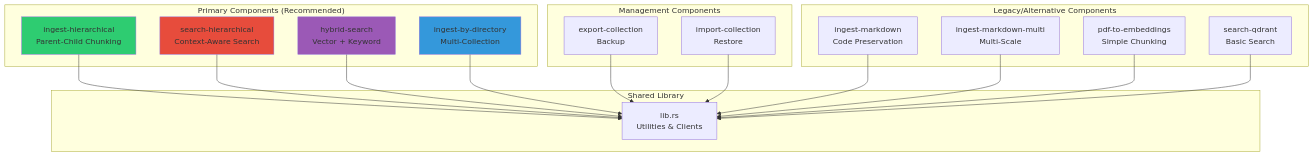
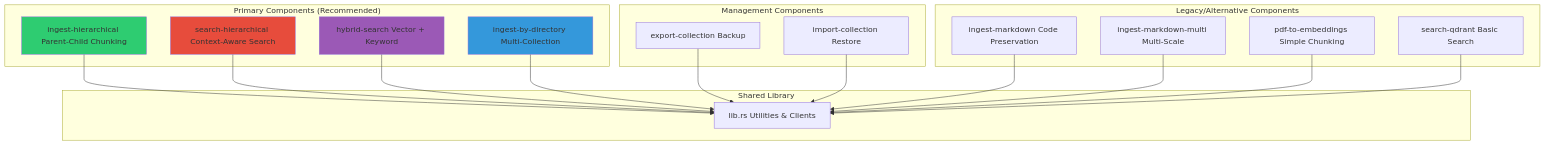
Before and after one commit to softwarewrighter/rag-demo: the first of 7 diagrams in wiki/Rust-Components.md, drawn with Mermaid. The commit also changed other lines of this file and 7 other files, not shown here.

````diff
--- a/wiki/Rust-Components.md
+++ b/wiki/Rust-Components.md
@@ -20,41 +20,41 @@
 ```mermaid
 graph TB
     subgraph "Primary Components (Recommended)"
-        IH[ingest-hierarchical<br/>Parent-Child Chunking]
-        SH[search-hierarchical<br/>Context-Aware Search]
-        HS[hybrid-search<br/>Vector + Keyword]
-        IBD[ingest-by-directory<br/>Multi-Collection]
+        IH[ingest-hierarchical Parent-Child Chunking]
+        SH[search-hierarchical Context-Aware Search]
+        HS[hybrid-search Vector + Keyword]
+        IBD[ingest-by-directory Multi-Collection]
     end
 
     subgraph "Management Components"
-        EXP[export-collection<br/>Backup]
-        IMP[import-collection<br/>Restore]
+        EXP[export-collection Backup]
+        IMP[import-collection Restore]
     end
 
     subgraph "Legacy/Alternative Components"
-        IM[ingest-markdown<br/>Code Preservation]
-        IMM[ingest-markdown-multi<br/>Multi-Scale]
-        P2E[pdf-to-embeddings<br/>Simple Chunking]
-        SQ[search-qdrant<br/>Basic Search]
+        IM[ingest-markdown Code Preservation]
+        IMM[ingest-markdown-multi Multi-Scale]
+        P2E[pdf-to-embeddings Simple Chunking]
+        SQ[search-qdrant Basic Search]
     end
 
     subgraph "Shared Library"
-        LIB[lib.rs<br/>Utilities & Clients]
+        LIB[lib.rs Utilities & Clients]
     end
 
     IH --> LIB
     SH --> LIB
     HS --> LIB
     IBD --> LIB
     EXP --> LIB
     IMP --> LIB
     IM --> LIB
     IMM --> LIB
     P2E --> LIB
     SQ --> LIB
 
     style IH fill:#2ecc71
     style SH fill:#e74c3c
     style HS fill:#9b59b6
     style IBD fill:#3498db
 ```
````
